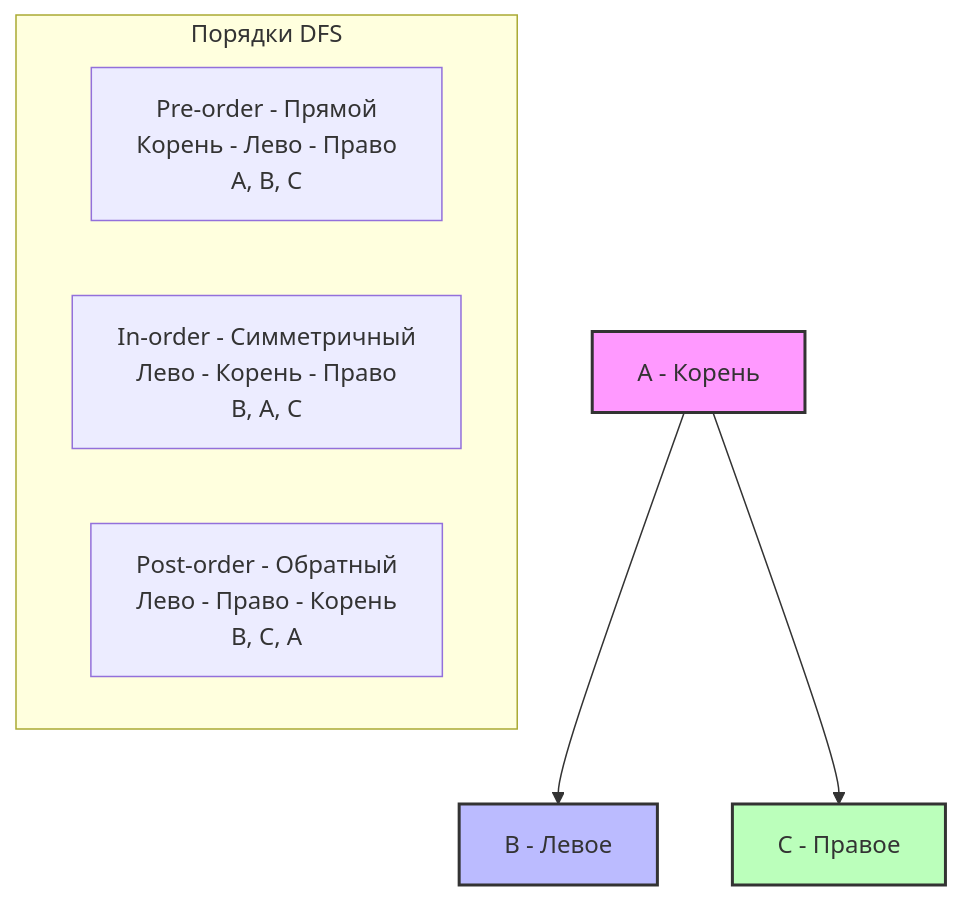
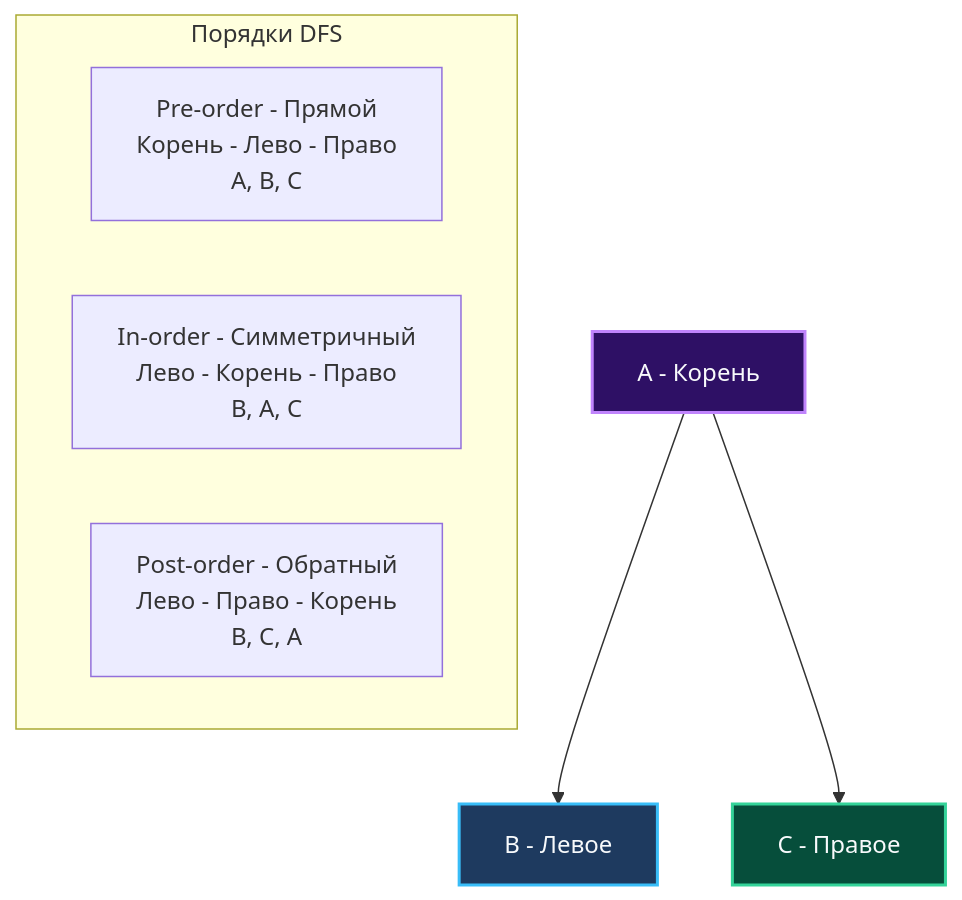
One commit to UnrealTemplier/go-textbook changed the diagram in sources/21. Задачи с LeetCode и собеседований на Go/02. Задачи/13. Деревья/2. Обходы деревьев.md. Above: the diagram before and after it, drawn with Mermaid. The commit also changed 310 other files, not shown here.

First line of the commit message:
fix(mermaid): replace light fill colors with dark palette for readability on dark theme

````diff
--- a/sources/21. Задачи с LeetCode и собеседований на Go/02. Задачи/13. Деревья/2. Обходы деревьев.md
+++ b/sources/21. Задачи с LeetCode и собеседований на Go/02. Задачи/13. Деревья/2. Обходы деревьев.md
@@ -16,15 +16,15 @@
 ```mermaid
 graph TD
     A["A - Корень"] --> B["B - Левое"]
     A --> C["C - Правое"]
     
-    style A fill:#f9f,stroke:#333,stroke-width:2px
-    style B fill:#bbf,stroke:#333,stroke-width:2px
-    style C fill:#bfb,stroke:#333,stroke-width:2px
+    style A fill:#2e1065,stroke:#c084fc,stroke-width:2px,color:#f8fafc
+    style B fill:#1e3a5f,stroke:#38bdf8,stroke-width:2px,color:#f8fafc
+    style C fill:#064e3b,stroke:#34d399,stroke-width:2px,color:#f8fafc
 
     subgraph "Порядки DFS"
         P1["Pre-order - Прямой<br>Корень - Лево - Право<br>A, B, C"]
         P2["In-order - Симметричный<br>Лево - Корень - Право<br>B, A, C"]
         P3["Post-order - Обратный<br>Лево - Право - Корень<br>B, C, A"]
     end
 ```
````
